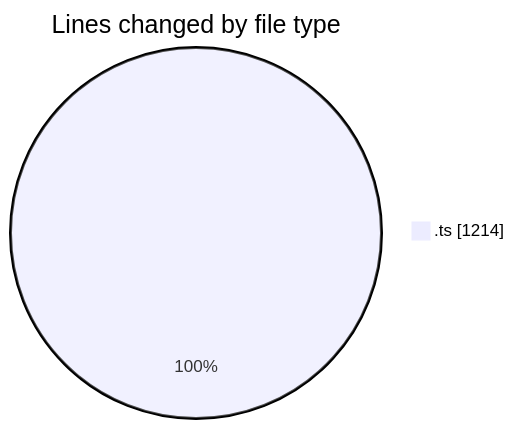
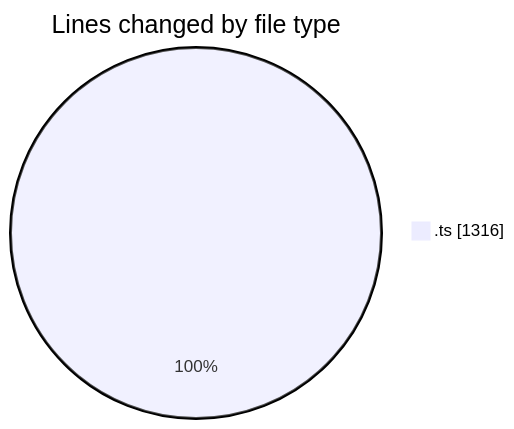
Before and after one commit to momahboobian/code-tracking: the first of 2 diagrams in 2025-10-30/cda/README.md, drawn with Mermaid. The commit also changed other lines of this file and 1 other file, not shown here.

````diff
--- a/2025-10-30/cda/README.md
+++ b/2025-10-30/cda/README.md
@@ -22,5 +22,5 @@
 ```mermaid
 pie showData
 title Lines changed by file type
-".ts" : 1214
+".ts" : 1316
 ```
````
